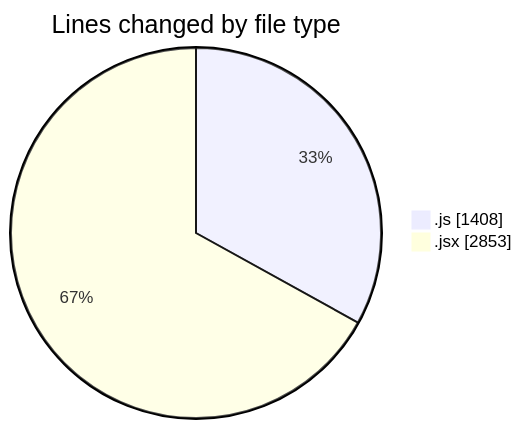
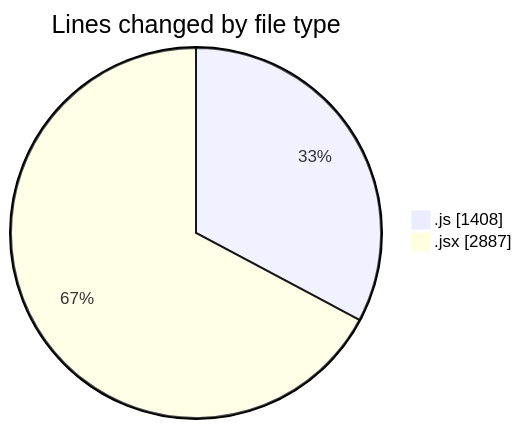
One commit to nxtqubesakshisongat/code-tracking changed the first of 2 diagrams in 2025-09-19/nxtqube_webapp/README.md. Above: the diagram before and after it, drawn with Mermaid. The commit also changed other lines of this file and 1 other file, not shown here.

````diff
--- a/2025-09-19/nxtqube_webapp/README.md
+++ b/2025-09-19/nxtqube_webapp/README.md
@@ -24,6 +24,6 @@
 ```mermaid
 pie showData
 title Lines changed by file type
 ".js" : 1408
-".jsx" : 2853
+".jsx" : 2887
 ```
````
